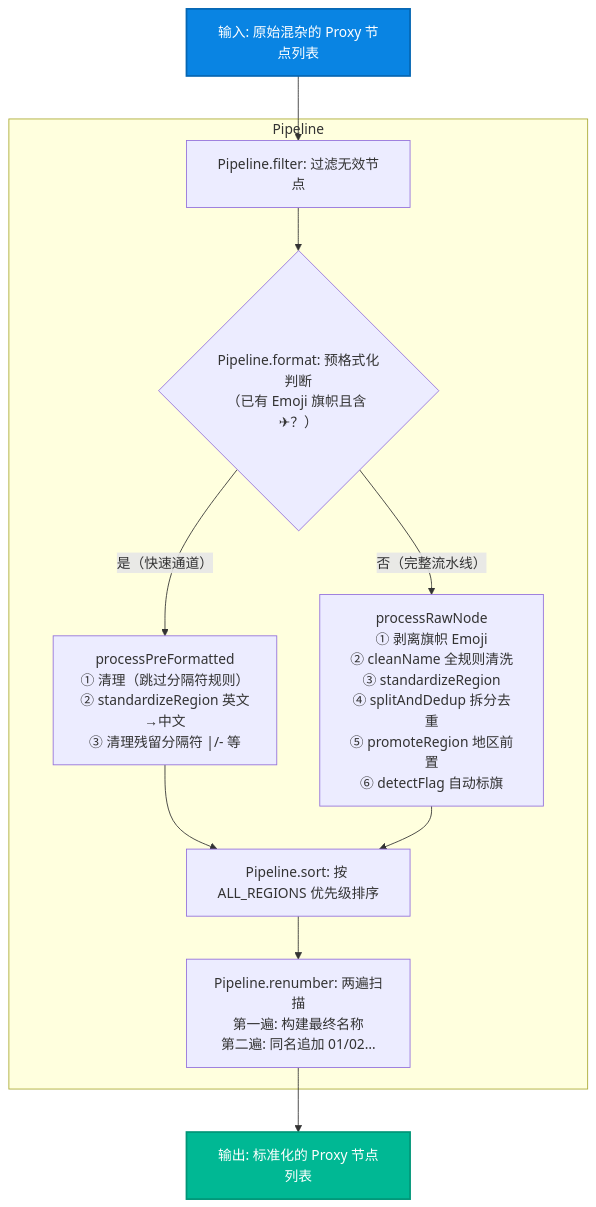
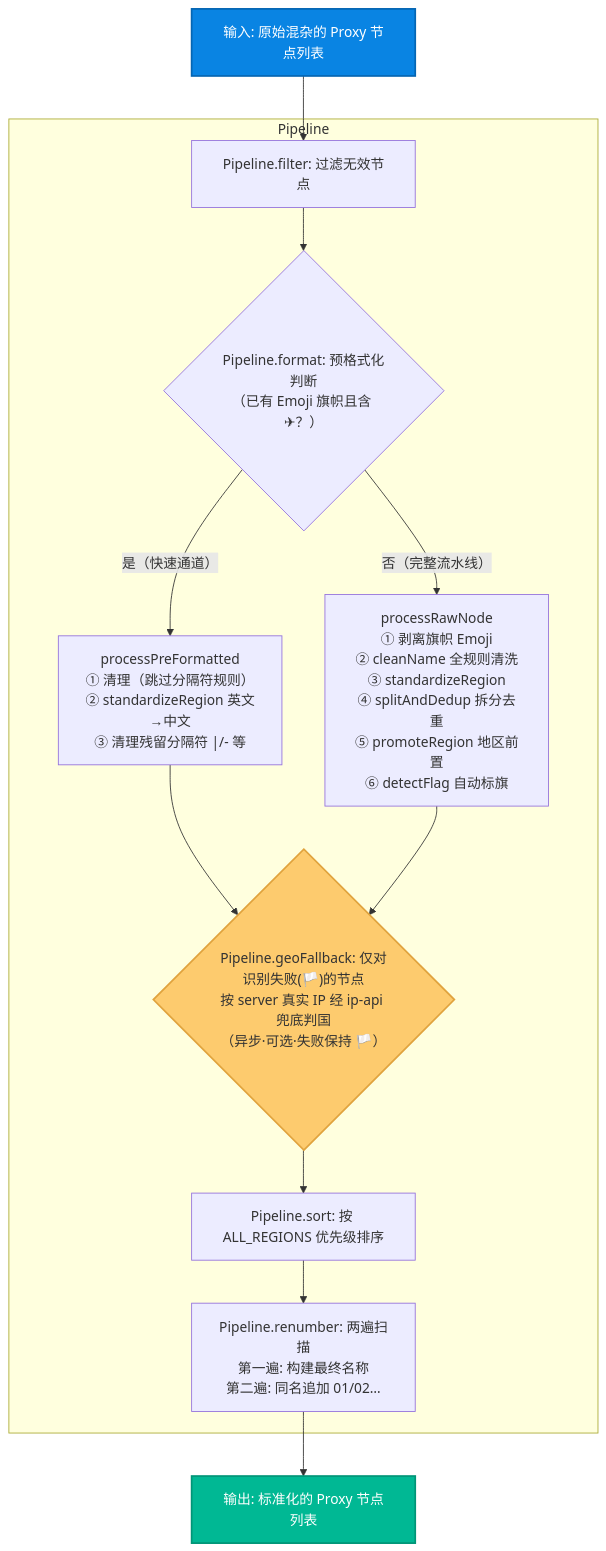
One commit to currycan/sb-xray changed the fifth of 5 diagrams in docs/03-routing-and-clients.md. Above: the diagram before and after it, drawn with Mermaid. The commit also changed other lines of this file and 3 other files, not shown here.

````diff
--- a/docs/03-routing-and-clients.md
+++ b/docs/03-routing-and-clients.md
@@ -469,20 +469,23 @@
 ```mermaid
 flowchart TD
     A["输入: 原始混杂的 Proxy 节点列表"] --> F0
 
     subgraph Pipeline
         F0["Pipeline.filter: 过滤无效节点"] --> F1
         F1{"Pipeline.format: 预格式化判断\n（已有 Emoji 旗帜且含 ✈？）"}
         F1 -- "是（快速通道）" --> PF["processPreFormatted\n① 清理（跳过分隔符规则）\n② standardizeRegion 英文→中文\n③ 清理残留分隔符 |/- 等"]
         F1 -- "否（完整流水线）" --> PR["processRawNode\n① 剥离旗帜 Emoji\n② cleanName 全规则清洗\n③ standardizeRegion\n④ splitAndDedup 拆分去重\n⑤ promoteRegion 地区前置\n⑥ detectFlag 自动标旗"]
-        PF --> S
-        PR --> S
+        PF --> GF
+        PR --> GF
+        GF{"Pipeline.geoFallback: 仅对识别失败(🏳️)的节点\n按 server 真实 IP 经 ip-api 兜底判国\n（异步·可选·失败保持 🏳️）"}
+        GF --> S
         S["Pipeline.sort: 按 ALL_REGIONS 优先级排序"] --> R
         R["Pipeline.renumber: 两遍扫描\n第一遍: 构建最终名称\n第二遍: 同名追加 01/02…"]
     end
 
     R --> Z["输出: 标准化的 Proxy 节点列表"]
 
     style A fill:#0984e3,stroke:#0566b3,stroke-width:2px,color:#fff
+    style GF fill:#fdcb6e,stroke:#e0a33e,stroke-width:2px,color:#333
     style Z fill:#00b894,stroke:#009577,stroke-width:2px,color:#fff
 ```
````
